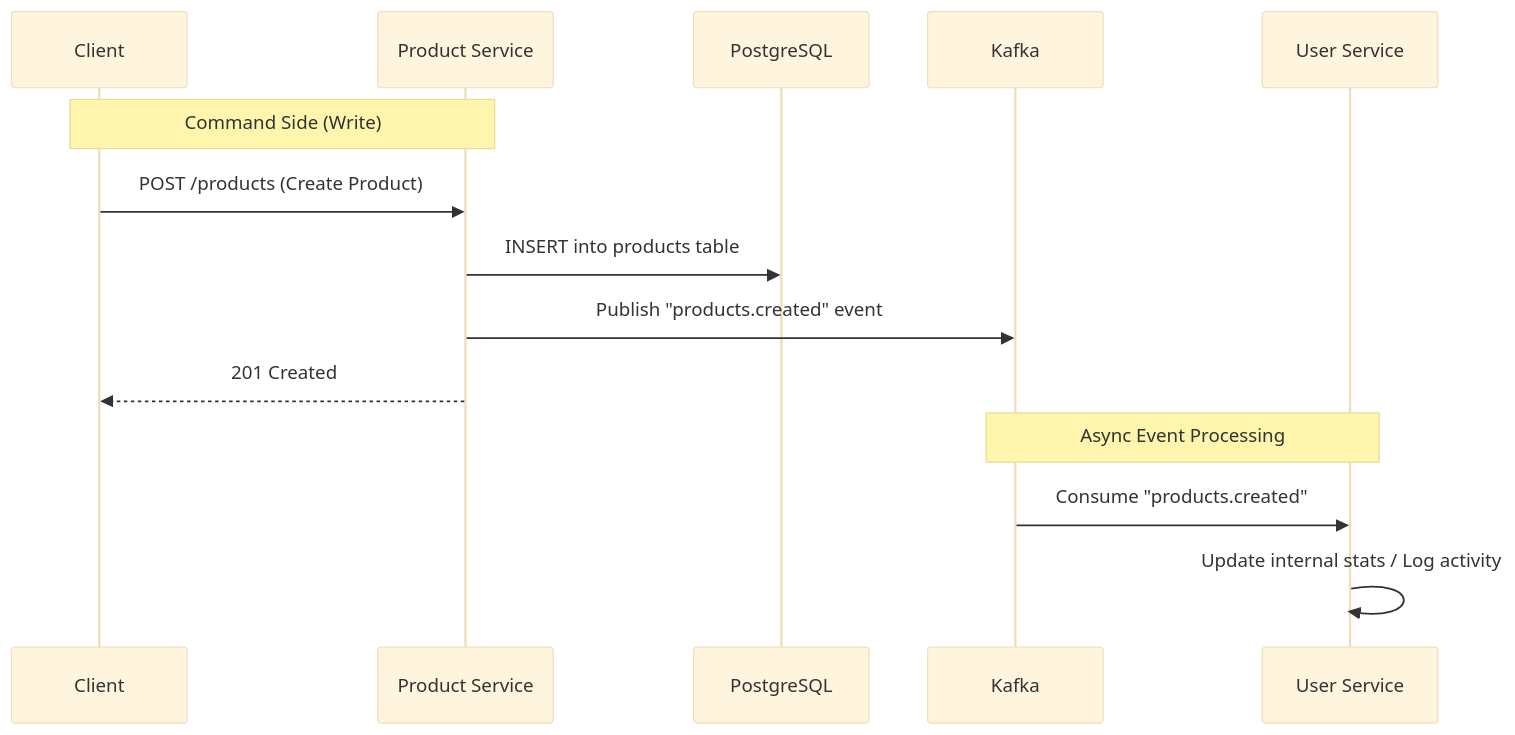
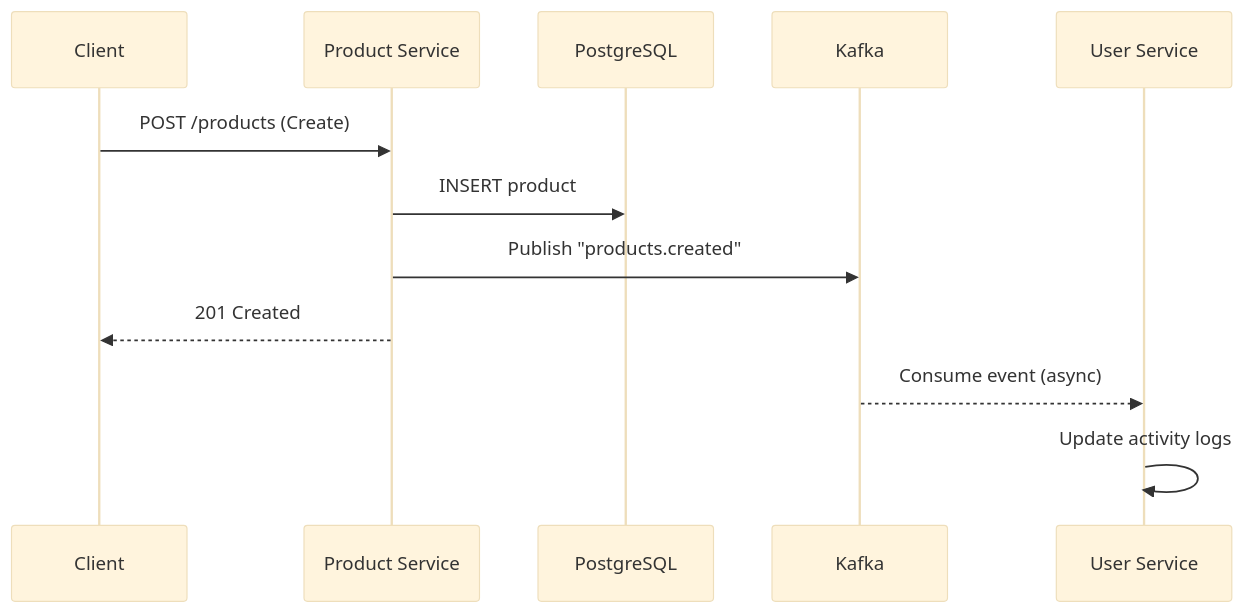
One commit to aldoignatachandra/Bun-Hono-KafkaJS-Boilerplate changed the second of 2 diagrams in README.md. Above: the diagram before and after it, drawn with Mermaid (base theme). The commit also changed other lines of this file and 32 other files, not shown here.

````diff
--- a/README.md
+++ b/README.md
@@ -87,18 +84,16 @@
 ```mermaid
 sequenceDiagram
-  participant C as Client
-  participant P as Product Service
-  participant D as PostgreSQL
-  participant K as Kafka
-  participant U as User Service
+    participant C as Client
+    participant P as Product Service
+    participant DB as PostgreSQL
+    participant K as Kafka
+    participant U as User Service
 
-  Note over C,P: Command Side (Write)
-  C->>P: POST /products (Create Product)
-  P->>D: INSERT into products table
-  P->>K: Publish "products.created" event
-  P-->>C: 201 Created
+    C->>P: POST /products (Create)
+    P->>DB: INSERT product
+    P->>K: Publish "products.created"
+    P-->>C: 201 Created
 
-  Note over K,U: Async Event Processing
-  K->>U: Consume "products.created"
-  U->>U: Update internal stats / Log activity
+    K-->>U: Consume event (async)
+    U->>U: Update activity logs
 ```
````
